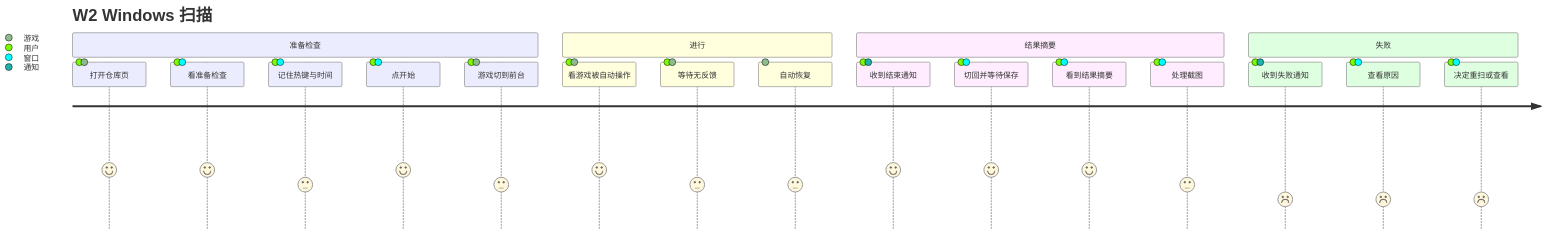
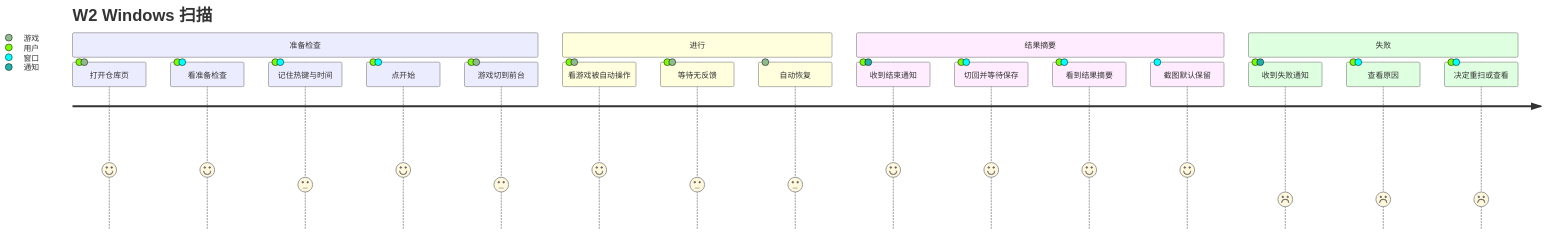
The fourth of 11 diagrams in docs/design/uiux-2026-11/03-journeys-windows.md (LoTwT/youkai), drawn with Mermaid before and after one commit. The commit also changed other lines of this file and 3 other files, not shown here.

````diff
--- a/docs/design/uiux-2026-11/03-journeys-windows.md
+++ b/docs/design/uiux-2026-11/03-journeys-windows.md
@@ -170,23 +170,23 @@
 ```mermaid
 journey
   title W2 Windows 扫描
   section 准备检查
     打开仓库页: 4: 用户, 游戏
     看准备检查: 4: 用户, 窗口
     记住热键与时间: 3: 用户, 窗口
     点开始: 4: 用户, 窗口
     游戏切到前台: 3: 用户, 游戏
   section 进行
     看游戏被自动操作: 4: 用户, 游戏
     等待无反馈: 3: 用户, 游戏
     自动恢复: 3: 游戏
   section 结果摘要
     收到结束通知: 4: 用户, 通知
     切回并等待保存: 4: 用户, 窗口
     看到结果摘要: 4: 用户, 窗口
-    处理截图: 3: 用户, 窗口
+    截图默认保留: 4: 窗口
   section 失败
     收到失败通知: 2: 用户, 通知
     查看原因: 2: 用户, 窗口
     决定重扫或查看: 2: 用户, 窗口
 ```
````
